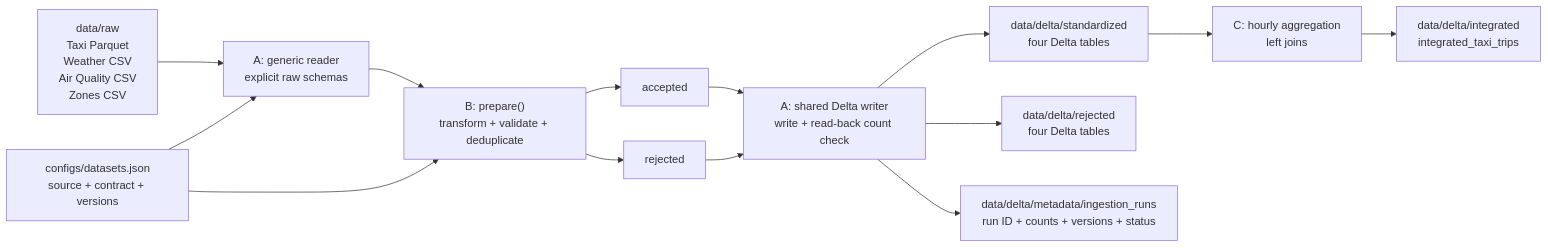
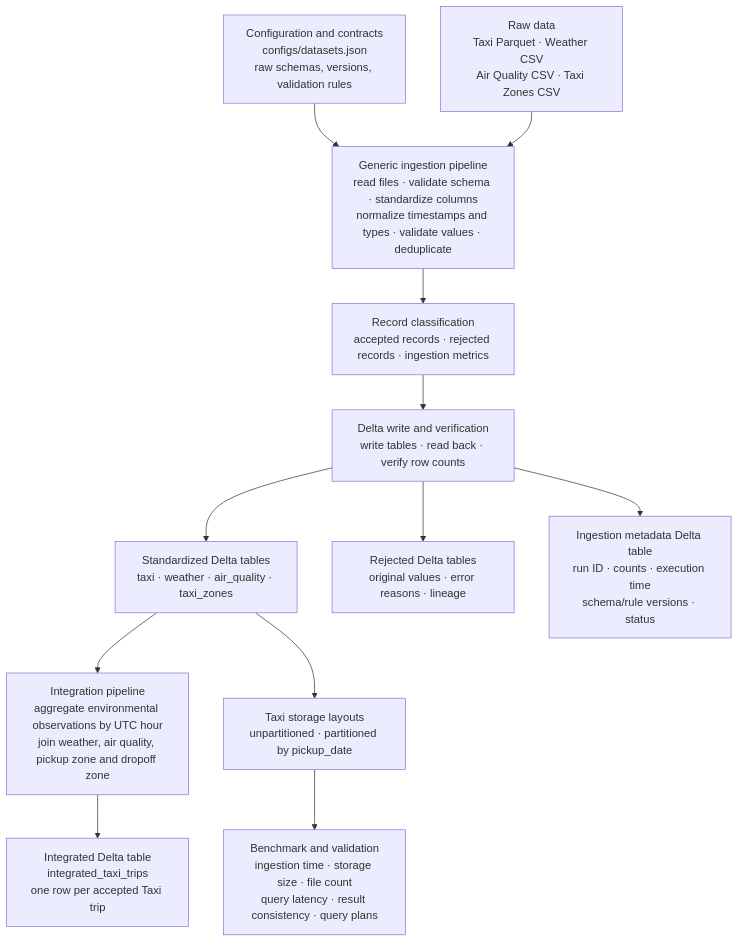
One commit to Mrpooool/DataIntensiveComputingLab changed the diagram in docs/architecture.md. Above: the diagram before and after it, drawn with Mermaid. The commit also changed other lines of this file, not shown here.

Commit message:
Update project architecture diagram

````diff
--- a/docs/architecture.md
+++ b/docs/architecture.md
@@ -3,29 +3,27 @@
 ```mermaid
-flowchart LR
-    Raw["data/raw<br/>Taxi Parquet<br/>Weather CSV<br/>Air Quality CSV<br/>Zones CSV"]
-    Config["configs/datasets.json<br/>source + contract + versions"]
-    Reader["A: generic reader<br/>explicit raw schemas"]
-    Prepare["B: prepare()<br/>transform + validate + deduplicate"]
-    Accepted["accepted"]
-    Rejected["rejected"]
-    Writer["A: shared Delta writer<br/>write + read-back count check"]
-    Standard["data/delta/standardized<br/>four Delta tables"]
-    RejectTable["data/delta/rejected<br/>four Delta tables"]
-    Metadata["data/delta/metadata/ingestion_runs<br/>run ID + counts + versions + status"]
-    Integration["C: hourly aggregation<br/>left joins"]
-    Integrated["data/delta/integrated<br/>integrated_taxi_trips"]
+flowchart TB
+    Config["Configuration and contracts<br/>configs/datasets.json<br/>raw schemas, versions, validation rules"]
+    Raw["Raw data<br/>Taxi Parquet · Weather CSV<br/>Air Quality CSV · Taxi Zones CSV"]
+    Ingestion["Generic ingestion pipeline<br/>read files · validate schema · standardize columns<br/>normalize timestamps and types · validate values · deduplicate"]
+    Classification["Record classification<br/>accepted records · rejected records · ingestion metrics"]
+    DeltaWrite["Delta write and verification<br/>write tables · read back · verify row counts"]
+    Standardized["Standardized Delta tables<br/>taxi · weather · air_quality · taxi_zones"]
+    Rejected["Rejected Delta tables<br/>original values · error reasons · lineage"]
+    Metadata["Ingestion metadata Delta table<br/>run ID · counts · execution time<br/>schema/rule versions · status"]
+    Integration["Integration pipeline<br/>aggregate environmental observations by UTC hour<br/>join weather, air quality, pickup zone and dropoff zone"]
+    Integrated["Integrated Delta table<br/>integrated_taxi_trips<br/>one row per accepted Taxi trip"]
+    Layouts["Taxi storage layouts<br/>unpartitioned · partitioned by pickup_date"]
+    Benchmark["Benchmark and validation<br/>ingestion time · storage size · file count<br/>query latency · result consistency · query plans"]
 
-    Raw --> Reader
-    Config --> Reader
-    Config --> Prepare
-    Reader --> Prepare
-    Prepare --> Accepted
-    Prepare --> Rejected
-    Accepted --> Writer
-    Rejected --> Writer
-    Writer --> Standard
-    Writer --> RejectTable
-    Writer --> Metadata
-    Standard --> Integration
+    Config --> Ingestion
+    Raw --> Ingestion
+    Ingestion --> Classification
+    Classification --> DeltaWrite
+    DeltaWrite --> Standardized
+    DeltaWrite --> Rejected
+    DeltaWrite --> Metadata
+    Standardized --> Integration
     Integration --> Integrated
+    Standardized --> Layouts
+    Layouts --> Benchmark
 ```
````
